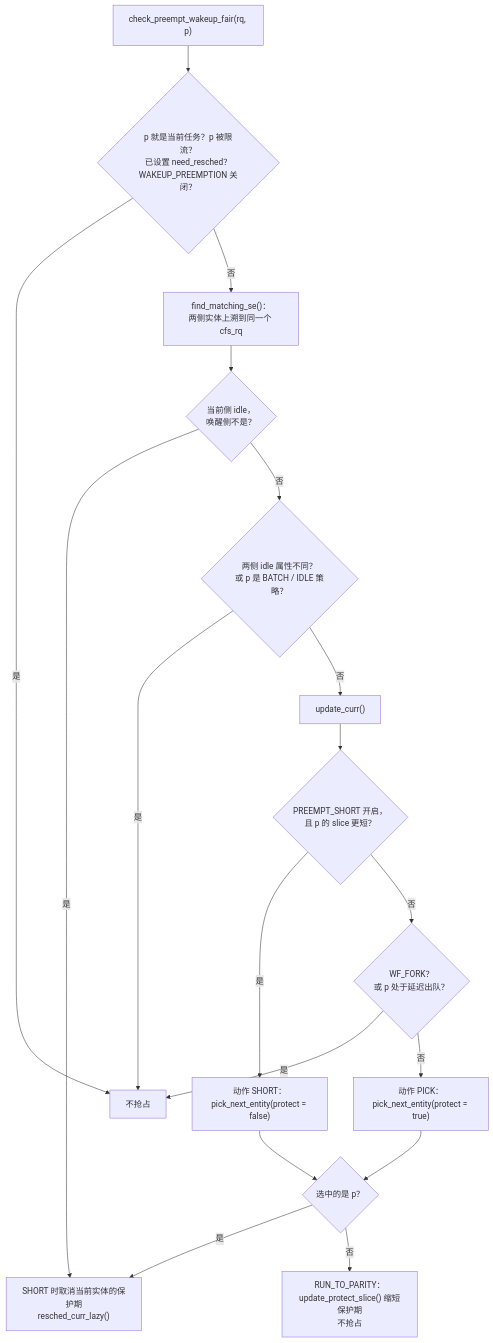
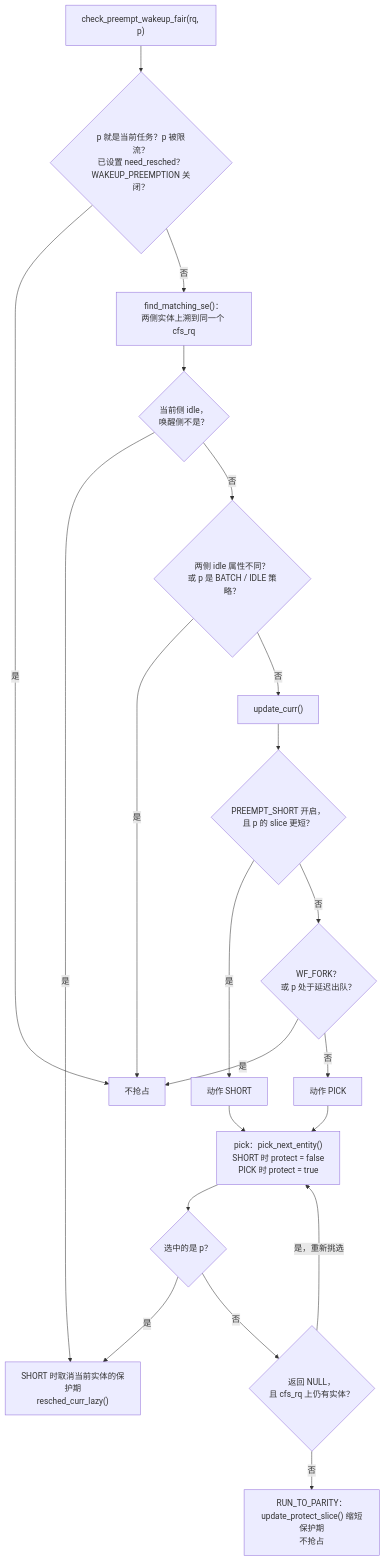
The third of 4 diagrams in book/sched/cfs.md (linuxperf/linux-study), drawn with Mermaid before and after one commit. The commit also changed other lines of this file and 2 other files, not shown here.

````diff
--- a/book/sched/cfs.md
+++ b/book/sched/cfs.md
@@ -1003,20 +1026,23 @@
 ```mermaid
 flowchart TD
     A["check_preempt_wakeup_fair(rq, p)"] --> B{"p 就是当前任务？p 被限流？<br/>已设置 need_resched？<br/>WAKEUP_PREEMPTION 关闭？"}
     B -->|是| X["不抢占"]
     B -->|否| C["find_matching_se()：<br/>两侧实体上溯到同一个 cfs_rq"]
     C --> D{"当前侧 idle，<br/>唤醒侧不是？"}
     D -->|是| R["SHORT 时取消当前实体的保护期<br/>resched_curr_lazy()"]
     D -->|否| E{"两侧 idle 属性不同？<br/>或 p 是 BATCH / IDLE 策略？"}
     E -->|是| X
     E -->|否| F["update_curr()"]
     F --> G{"PREEMPT_SHORT 开启，<br/>且 p 的 slice 更短？"}
-    G -->|是| P1["动作 SHORT：<br/>pick_next_entity(protect = false)"]
+    G -->|是| P1["动作 SHORT"]
     G -->|否| H{"WF_FORK？<br/>或 p 处于延迟出队？"}
     H -->|是| X
-    H -->|否| P2["动作 PICK：<br/>pick_next_entity(protect = true)"]
-    P1 --> I{"选中的是 p？"}
-    P2 --> I
+    H -->|否| P2["动作 PICK"]
+    P1 --> K["pick：pick_next_entity()<br/>SHORT 时 protect = false<br/>PICK 时 protect = true"]
+    P2 --> K
+    K --> I{"选中的是 p？"}
     I -->|是| R
-    I -->|否| U["RUN_TO_PARITY：<br/>update_protect_slice() 缩短保护期<br/>不抢占"]
+    I -->|否| N{"返回 NULL，<br/>且 cfs_rq 上仍有实体？"}
+    N -->|是，重新挑选| K
+    N -->|否| U["RUN_TO_PARITY：<br/>update_protect_slice() 缩短保护期<br/>不抢占"]
 ```
````
